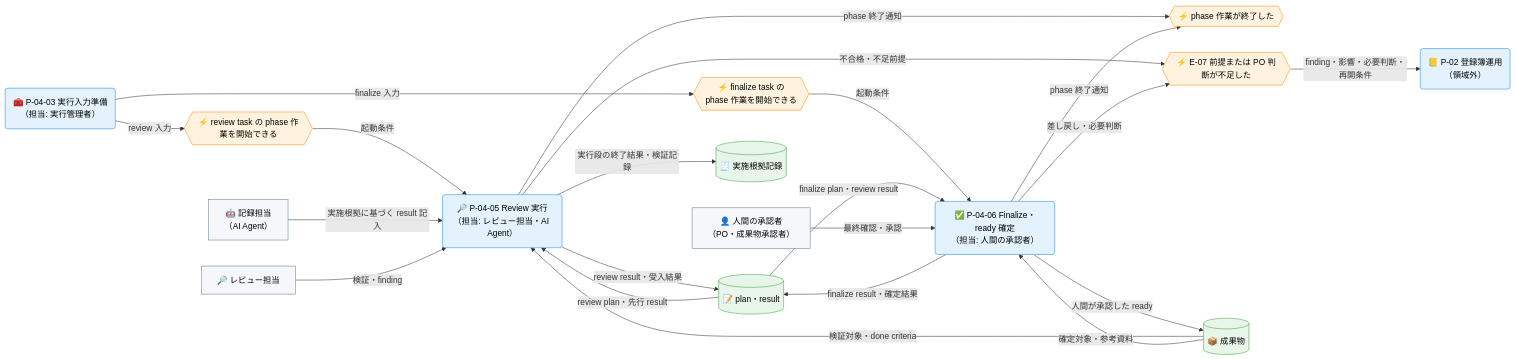
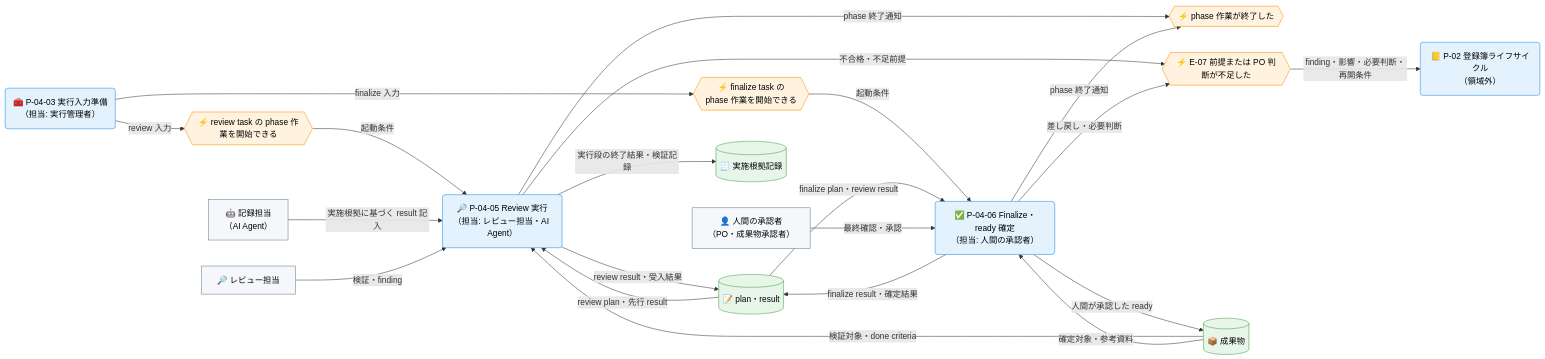
One commit to specdojo/specdojo changed the third of 4 diagrams in docs/ja/product/010-business-specs/010-data-flow/cdfd-task-execution.md. Above: the diagram before and after it, drawn with Mermaid. The commit also changed other lines of this file and 18 other files, not shown here.

First line of the commit message:
exec(T-DATA-FLOW-cdfd-overview-140): finalize cdfd-overview bootstrap

````diff
--- a/docs/ja/product/010-business-specs/010-data-flow/cdfd-task-execution.md
+++ b/docs/ja/product/010-business-specs/010-data-flow/cdfd-task-execution.md
@@ -148,55 +148,55 @@
 ```mermaid
 flowchart LR
   classDef process fill:#e3f2fd,stroke:#1e88e5,color:#000
   classDef event fill:#fff3e0,stroke:#fb8c00,color:#000
   classDef store fill:#e8f5e9,stroke:#43a047,color:#000
   classDef actor fill:#f5f7fa,stroke:#607d8b,color:#000
 
   記録担当["🤖 記録担当<br>（AI Agent）"]
   レビュー担当["🔎 レビュー担当"]
   人間承認者["👤 人間の承認者<br>（PO・成果物承認者）"]
 
   review開始{{"⚡ review task の phase 作業を開始できる"}}
   finalize開始{{"⚡ finalize task の<br>phase 作業を開始できる"}}
   phase終了{{"⚡ phase 作業が終了した"}}
   判断不足{{"⚡ E-07 前提または PO 判断が不足した"}}
 
   実行入力準備("🧰 P-04-03 実行入力準備<br>（担当: 実行管理者）")
   Review実行("🔎 P-04-05 Review 実行<br>（担当: レビュー担当・AI Agent）")
   Finalize確定("✅ P-04-06 Finalize・ready 確定<br>（担当: 人間の承認者）")
 
-  登録簿運用先("📒 P-02 登録簿運用<br>（領域外）")
+  登録簿ライフサイクル先("📒 P-02 登録簿ライフサイクル<br>（領域外）")
 
   成果物[("📦 成果物")]
   planResult[("📝 plan・result")]
   実施根拠記録[("🧾 実施根拠記録")]
 
   実行入力準備 -->|"review 入力"| review開始
   実行入力準備 -->|"finalize 入力"| finalize開始
   review開始 -->|"起動条件"| Review実行
   finalize開始 -->|"起動条件"| Finalize確定
 
   planResult -->|"review plan・先行 result"| Review実行
   planResult -->|"finalize plan・review result"| Finalize確定
   成果物 -->|"検証対象・done criteria"| Review実行
   成果物 -->|"確定対象・参考資料"| Finalize確定
   記録担当 -->|"実施根拠に基づく result 記入"| Review実行
   レビュー担当 -->|"検証・finding"| Review実行
   人間承認者 -->|"最終確認・承認"| Finalize確定
 
   Review実行 -->|"review result・受入結果"| planResult
   Review実行 -->|"実行段の終了結果・検証記録"| 実施根拠記録
   Review実行 -->|"不合格・不足前提"| 判断不足
   Finalize確定 -->|"finalize result・確定結果"| planResult
   Finalize確定 -->|"人間が承認した ready"| 成果物
   Finalize確定 -->|"差し戻し・必要判断"| 判断不足
-  判断不足 -->|"finding・影響・必要判断・再開条件"| 登録簿運用先
+  判断不足 -->|"finding・影響・必要判断・再開条件"| 登録簿ライフサイクル先
 
   Review実行 -->|"phase 終了通知"| phase終了
   Finalize確定 -->|"phase 終了通知"| phase終了
 
-  class 実行入力準備,Review実行,Finalize確定,登録簿運用先 process
+  class 実行入力準備,Review実行,Finalize確定,登録簿ライフサイクル先 process
   class review開始,finalize開始,phase終了,判断不足 event
   class 成果物,planResult,実施根拠記録 store
   class 記録担当,レビュー担当,人間承認者 actor
 ```
````
